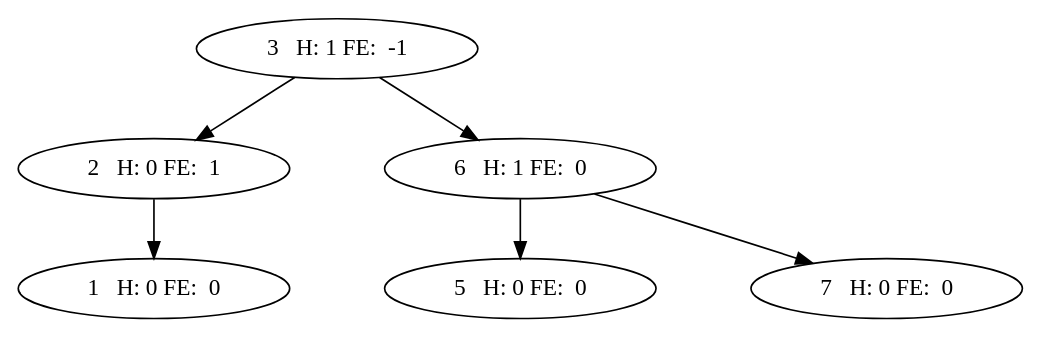
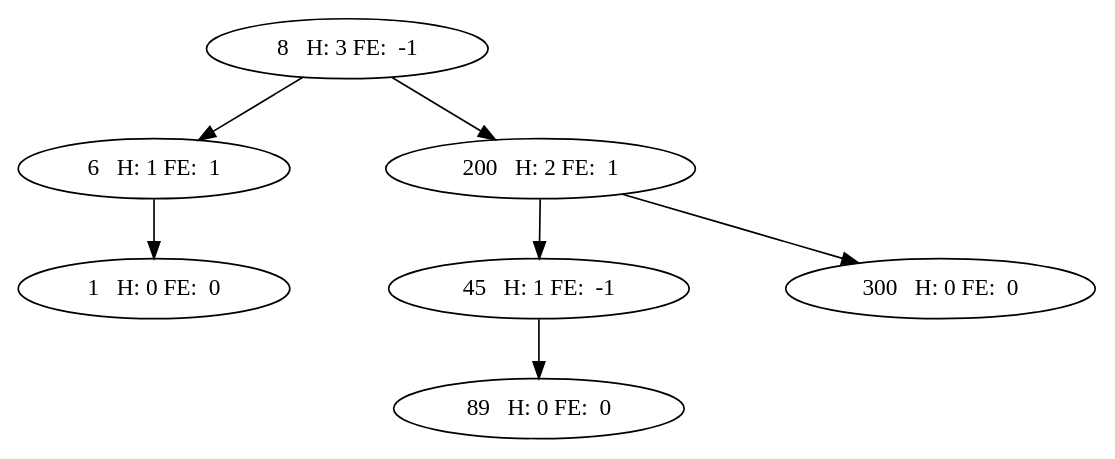
One commit to oscarc99/EDD_DIC_2019_PY2_201709140- changed the diagram in src/Imagenes/AVLTree.dot. Above: the diagram before and after it, drawn with Graphviz. The commit also changed 27 other files, not shown here.

```diff
--- a/src/Imagenes/AVLTree.dot
+++ b/src/Imagenes/AVLTree.dot
@@ -1,22 +1,24 @@
 digraph G { 
 
 nodesep=0.8;
 
 ranksep=0.5;
 
 
   
 1[label=" 1   H: 0 FE:  0 "     ];
-2->1; 
-2[label=" 2   H: 0 FE:  1 "     ];
-3->2; 
-5[label=" 5   H: 0 FE:  0 "     ];
-6->5; 
-7[label=" 7   H: 0 FE:  0 "     ];
-6->7; 
-6[label=" 6   H: 1 FE:  0 "     ];
-3->6; 
-3[label=" 3   H: 1 FE:  -1 "     ];
+6->1; 
+6[label=" 6   H: 1 FE:  1 "     ];
+8->6; 
+89[label=" 89   H: 0 FE:  0 "     ];
+45->89; 
+45[label=" 45   H: 1 FE:  -1 "     ];
+200->45; 
+300[label=" 300   H: 0 FE:  0 "     ];
+200->300; 
+200[label=" 200   H: 2 FE:  1 "     ];
+8->200; 
+8[label=" 8   H: 3 FE:  -1 "     ];
 
 
 }
```
